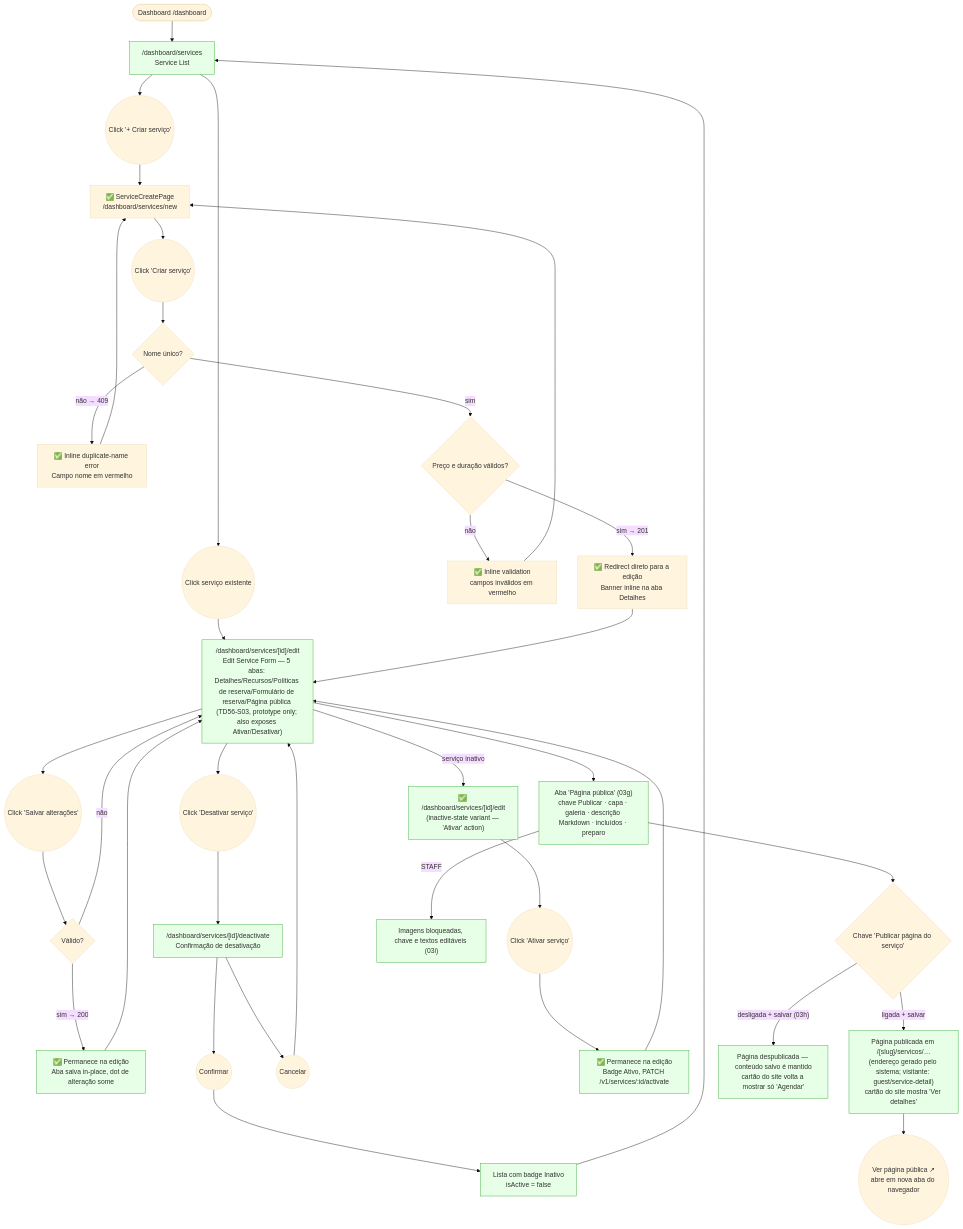
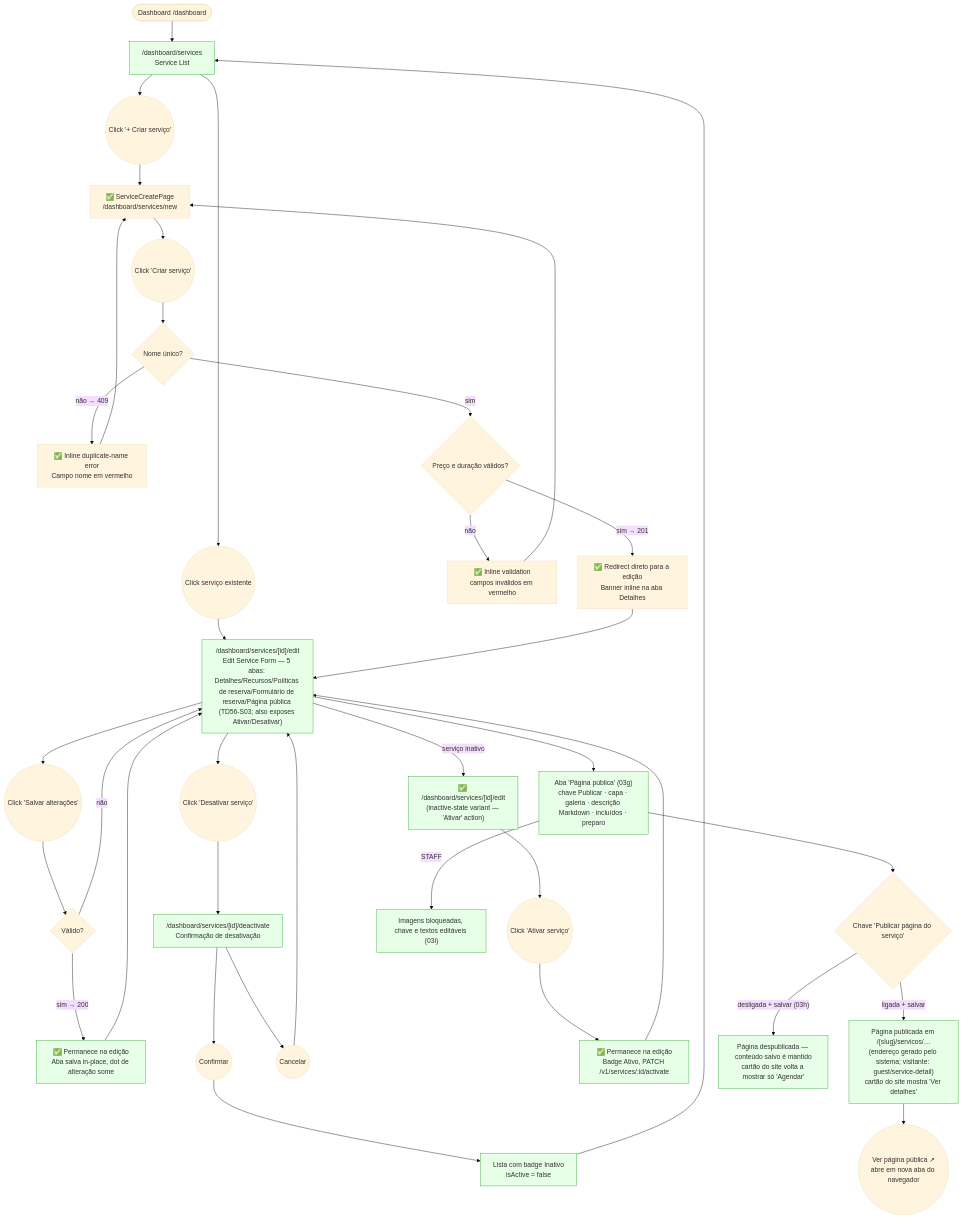
One commit to lmmoreira/ikaro changed the diagram in journeys/staff/servicos.md. Above: the diagram before and after it, drawn with Mermaid (base theme). The commit also changed other lines of this file and 28 other files, not shown here.

````diff
--- a/journeys/staff/servicos.md
+++ b/journeys/staff/servicos.md
@@ -10,56 +10,56 @@
 ```mermaid
 flowchart TD
     classDef existing fill:#e6ffe6,stroke:#3a3
     classDef gap stroke:#f00,stroke-dasharray: 5 5,fill:#fee
 
     Start(["Dashboard /dashboard"]) --> List["/dashboard/services<br/>Service List"]
 
     List --> CreateBtn(("Click '+ Criar serviço'"))
     List --> EditClick(("Click serviço existente"))
 
     %% UC-012 — Create
     CreateBtn --> CreateForm["✅ ServiceCreatePage<br/>/dashboard/services/new"]
     CreateForm --> CreateSubmit(("Click 'Criar serviço'"))
     CreateSubmit --> NameCheck{"Nome único?"}
     NameCheck -- "não → 409" --> NameError["✅ Inline duplicate-name error<br/>Campo nome em vermelho"]
     NameError --> CreateForm
     NameCheck -- "sim" --> PriceCheck{"Preço e duração válidos?"}
     PriceCheck -- "não" --> ValError["✅ Inline validation<br/>campos inválidos em vermelho"]
     ValError --> CreateForm
     PriceCheck -- "sim → 201" --> CreateSuccess["✅ Redirect direto para a edição<br/>Banner inline na aba Detalhes"]
 
     %% UC-013 — Edit
-    EditClick --> EditForm["/dashboard/services/[id]/edit<br/>Edit Service Form — 5 abas: Detalhes/Recursos/Políticas de reserva/Formulário de reserva/Página pública (TD56-S03, prototype only; also exposes Ativar/Desativar)"]
+    EditClick --> EditForm["/dashboard/services/[id]/edit<br/>Edit Service Form — 5 abas: Detalhes/Recursos/Políticas de reserva/Formulário de reserva/Página pública (TD56-S03; also exposes Ativar/Desativar)"]
     EditForm --> EditSubmit(("Click 'Salvar alterações'"))
     EditSubmit --> EditCheck{"Válido?"}
     EditCheck -- "não" --> EditForm
     EditCheck -- "sim → 200" --> EditSuccess["✅ Permanece na edição<br/>Aba salva in-place, dot de alteração some"]
 
     EditForm --> DeactivateBtn(("Click 'Desativar serviço'"))
     DeactivateBtn --> DeactivateConfirm["/dashboard/services/[id]/deactivate<br/>Confirmação de desativação"]
     DeactivateConfirm --> ConfirmYes(("Confirmar"))
     DeactivateConfirm --> ConfirmNo(("Cancelar"))
     ConfirmYes --> DeactivateSuccess["Lista com badge Inativo<br/>isActive = false"]
     ConfirmNo --> EditForm
 
     %% UC-013 A4 — Reactivate (inactive service)
     EditForm -- "serviço inativo" --> InactiveEdit["✅ /dashboard/services/[id]/edit<br/>(inactive-state variant — 'Ativar' action)"]
     InactiveEdit --> ActivateBtn(("Click 'Ativar serviço'"))
     ActivateBtn --> ActivateSuccess["✅ Permanece na edição<br/>Badge Ativo, PATCH /v1/services/:id/activate"]
 
     %% UC-013 A5 — Public service page (TD56-S03)
     EditForm --> PublicTab["Aba 'Página pública' (03g)<br/>chave Publicar · capa · galeria · descrição Markdown · incluídos · preparo"]
     PublicTab --> PublishToggle{"Chave 'Publicar página do serviço'"}
     PublishToggle -- "ligada + salvar" --> PublicLive["Página publicada em /{slug}/servicos/…<br/>(endereço gerado pelo sistema; visitante: guest/service-detail)<br/>cartão do site mostra 'Ver detalhes'"]
     PublishToggle -- "desligada + salvar (03h)" --> Unpublished["Página despublicada — conteúdo salvo é mantido<br/>cartão do site volta a mostrar só 'Agendar'"]
     PublicLive --> ViewLink(("Ver página pública ↗<br/>abre em nova aba do navegador"))
     PublicTab -- "STAFF" --> StaffLocked["Imagens bloqueadas, chave e textos editáveis (03i)"]
 
     CreateSuccess --> EditForm
     EditSuccess --> EditForm
     DeactivateSuccess --> List
     ActivateSuccess --> EditForm
 
     class List,EditForm,DeactivateConfirm,EditSuccess,DeactivateSuccess,InactiveEdit,ActivateSuccess existing
     class PublicTab,PublicLive,Unpublished,StaffLocked existing
 ```
````
